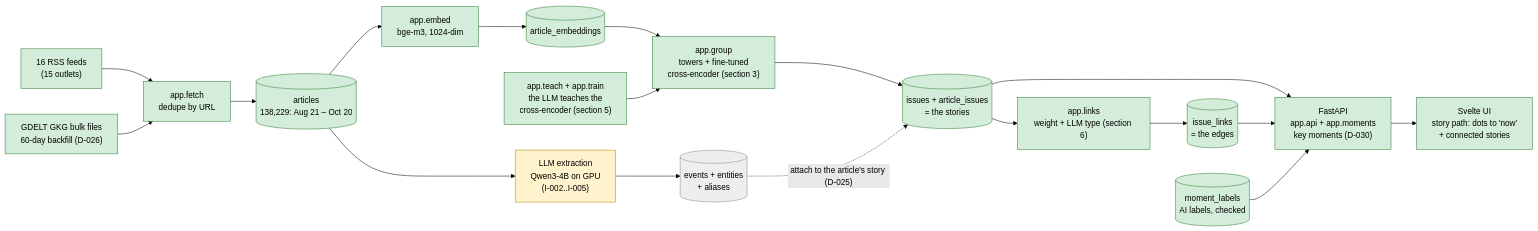
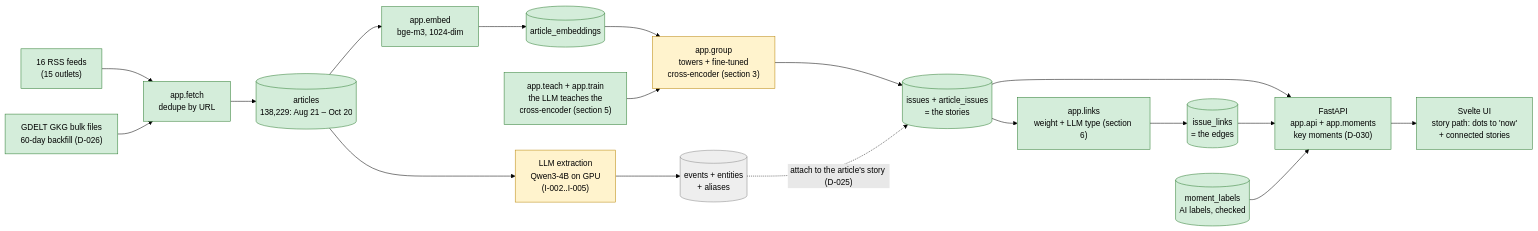
Before and after one commit to joybratasarkar/smriti: the first of 11 diagrams in docs/WORKFLOW.md, drawn with Mermaid (forest theme). The commit also changed other lines of this file and 8 other files, not shown here.

````diff
--- a/docs/WORKFLOW.md
+++ b/docs/WORKFLOW.md
@@ -11,28 +11,28 @@
 ```mermaid
 flowchart LR
     RSS["16 RSS feeds<br/>(15 outlets)"] --> F["app.fetch<br/>dedupe by URL"]
     GD["GDELT GKG bulk files<br/>60-day backfill (D-026)"] --> F
     F --> A[("articles<br/>138,229: Aug 21 – Oct 20")]
     A --> E["app.embed<br/>bge-m3, 1024-dim"]
     E --> V[("article_embeddings")]
     V --> G["app.group<br/>towers + fine-tuned<br/>cross-encoder (section 3)"]
     T["app.teach + app.train<br/>the LLM teaches the<br/>cross-encoder (section 5)"] --> G
     G --> I[("issues + article_issues<br/>= the stories")]
     I --> LK["app.links<br/>weight + LLM type (section 6)"]
     LK --> L[("issue_links<br/>= the edges")]
     I --> API["FastAPI<br/>app.api + app.moments<br/>key moments (D-030)"] --> UI["Svelte UI<br/>story path: dots to 'now'<br/>+ connected stories"]
     L --> API
     ML[("moment_labels<br/>AI labels, checked")] --> API
 
     A --> X["LLM extraction<br/>Qwen3-4B on GPU<br/>(I-002..I-005)"]
     X --> EV[("events + entities<br/>+ aliases")]
     EV -. "attach to the article's story (D-025)" .-> I
 
     classDef done fill:#d4edda,stroke:#2e7d32,color:#000
     classDef testing fill:#fff3cd,stroke:#b8860b,color:#000
     classDef planned fill:#eeeeee,stroke:#888,color:#000
     classDef blocked fill:#f8d7da,stroke:#c62828,color:#000
-    class RSS,GD,F,A,E,V,T,G,I,LK,L,API,UI,ML done
-    class X testing
+    class RSS,GD,F,A,E,V,T,I,LK,L,API,UI,ML done
+    class G,X testing
     class EV planned
 ```
````
